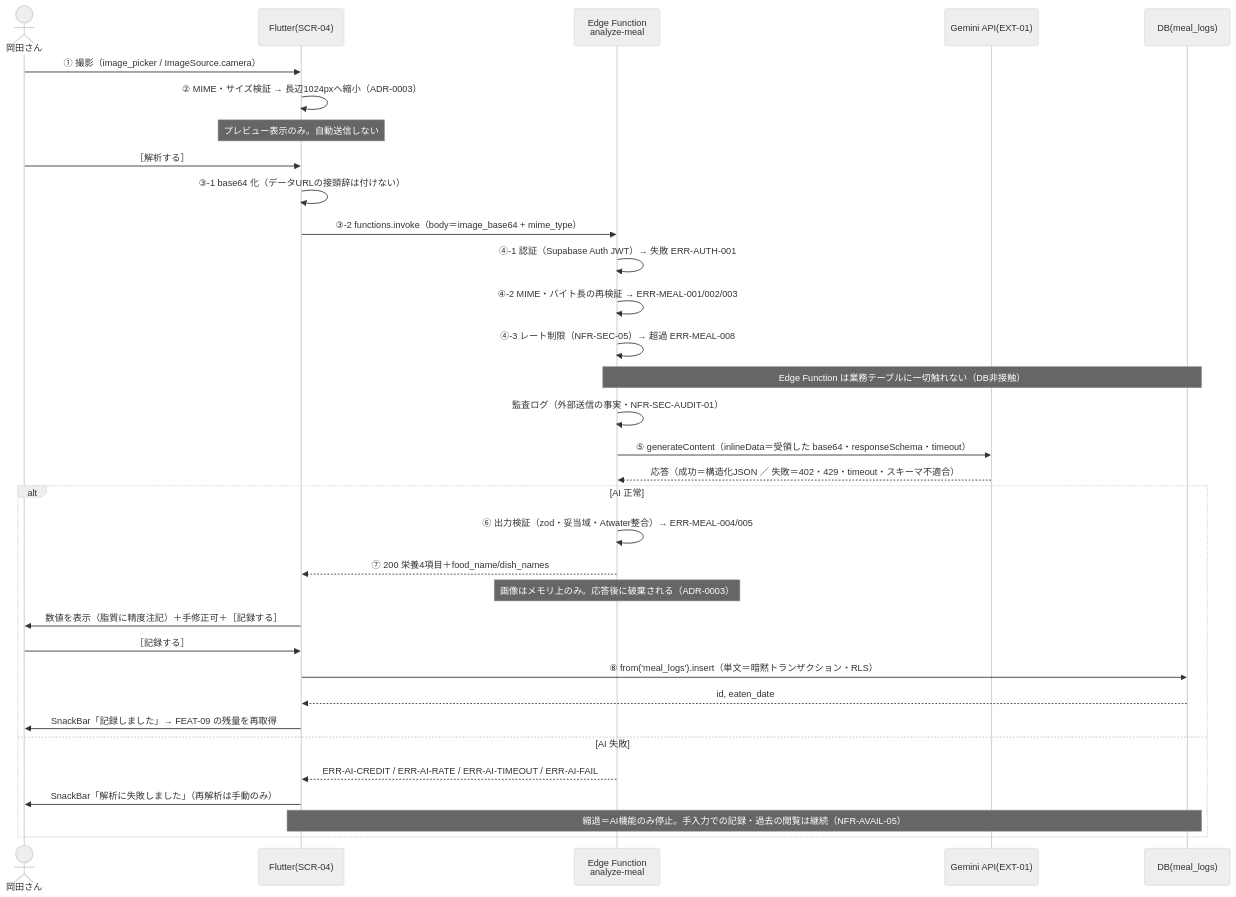
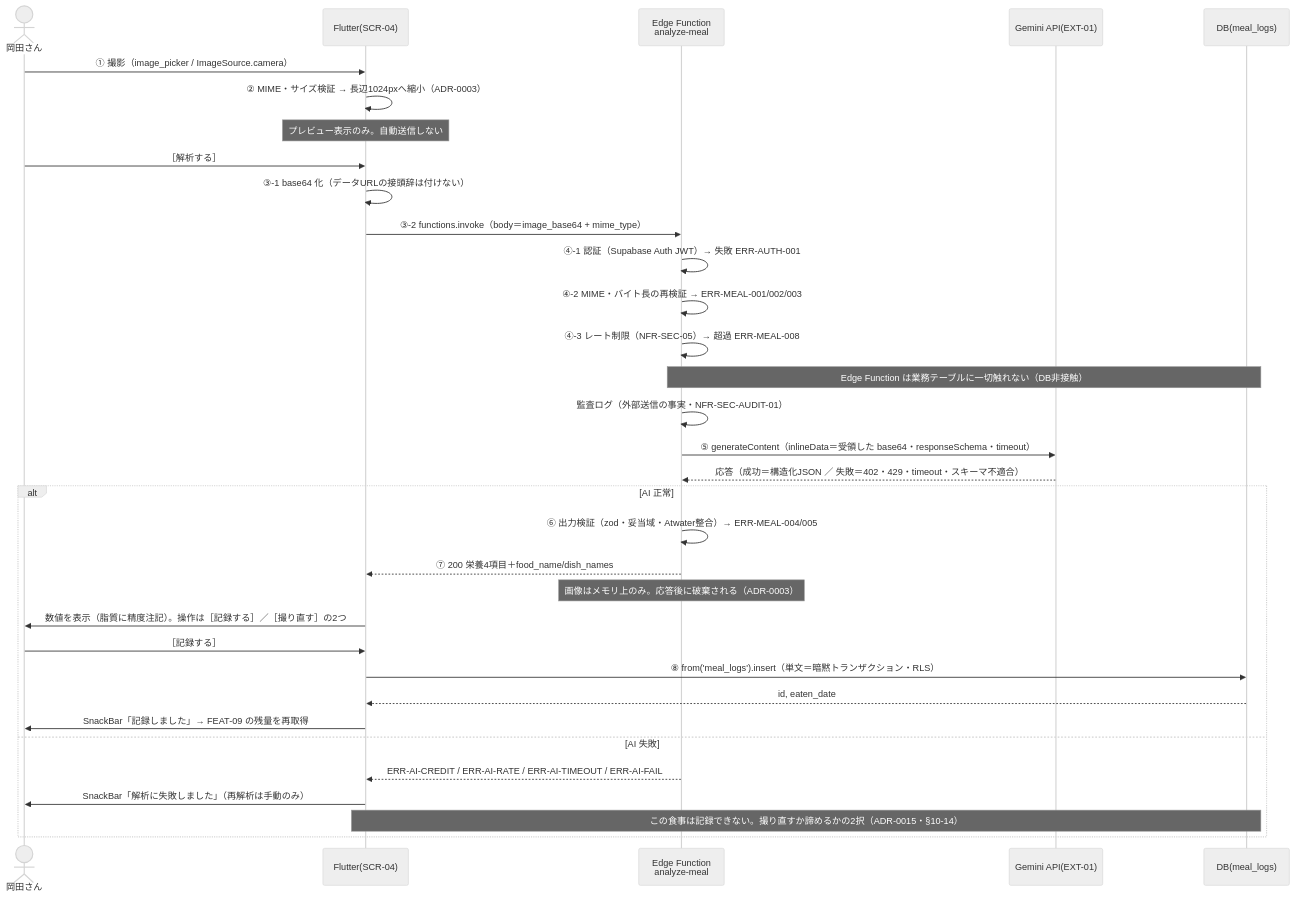
The diagram in docs/02_設計/50_詳細設計/08_機能別詳細設計/FEAT-08_食事撮影タンパク質計算.md (k-okada51/okada-fit), drawn with Mermaid (neutral theme) before and after one commit. The commit also changed other lines of this file and 20 other files, not shown here.

````diff
--- a/docs/02_設計/50_詳細設計/08_機能別詳細設計/FEAT-08_食事撮影タンパク質計算.md
+++ b/docs/02_設計/50_詳細設計/08_機能別詳細設計/FEAT-08_食事撮影タンパク質計算.md
@@ -129,36 +129,36 @@
 ```mermaid
 sequenceDiagram
   actor U as 岡田さん
   participant F as Flutter(SCR-04)
   participant EF as Edge Function<br/>analyze-meal
   participant G as Gemini API(EXT-01)
   participant D as DB(meal_logs)
 
   U->>F: ① 撮影（image_picker / ImageSource.camera）
   F->>F: ② MIME・サイズ検証 → 長辺1024pxへ縮小（ADR-0003）
   Note over F: プレビュー表示のみ。自動送信しない
   U->>F: ［解析する］
   F->>F: ③-1 base64 化（データURLの接頭辞は付けない）
   F->>EF: ③-2 functions.invoke（body＝image_base64 + mime_type）
   EF->>EF: ④-1 認証（Supabase Auth JWT）→ 失敗 ERR-AUTH-001
   EF->>EF: ④-2 MIME・バイト長の再検証 → ERR-MEAL-001/002/003
   EF->>EF: ④-3 レート制限（NFR-SEC-05）→ 超過 ERR-MEAL-008
   Note over EF,D: Edge Function は業務テーブルに一切触れない（DB非接触）
   EF->>EF: 監査ログ（外部送信の事実・NFR-SEC-AUDIT-01）
   EF->>G: ⑤ generateContent（inlineData＝受領した base64・responseSchema・timeout）
   G-->>EF: 応答（成功＝構造化JSON ／ 失敗＝402・429・timeout・スキーマ不適合）
   alt AI 正常
     EF->>EF: ⑥ 出力検証（zod・妥当域・Atwater整合）→ ERR-MEAL-004/005
     EF-->>F: ⑦ 200 栄養4項目＋food_name/dish_names
     Note over EF: 画像はメモリ上のみ。応答後に破棄される（ADR-0003）
-    F->>U: 数値を表示（脂質に精度注記）＋手修正可＋［記録する］
+    F->>U: 数値を表示（脂質に精度注記）。操作は［記録する］／［撮り直す］の2つ
     U->>F: ［記録する］
     F->>D: ⑧ from('meal_logs').insert（単文＝暗黙トランザクション・RLS）
     D-->>F: id, eaten_date
     F->>U: SnackBar「記録しました」→ FEAT-09 の残量を再取得
   else AI 失敗
     EF-->>F: ERR-AI-CREDIT / ERR-AI-RATE / ERR-AI-TIMEOUT / ERR-AI-FAIL
     F->>U: SnackBar「解析に失敗しました」（再解析は手動のみ）
-    Note over F,D: 縮退＝AI機能のみ停止。手入力での記録・過去の閲覧は継続（NFR-AVAIL-05）
+    Note over F,D: この食事は記録できない。撮り直すか諦めるかの2択（ADR-0015・§10-14）
   end
 ```
````
